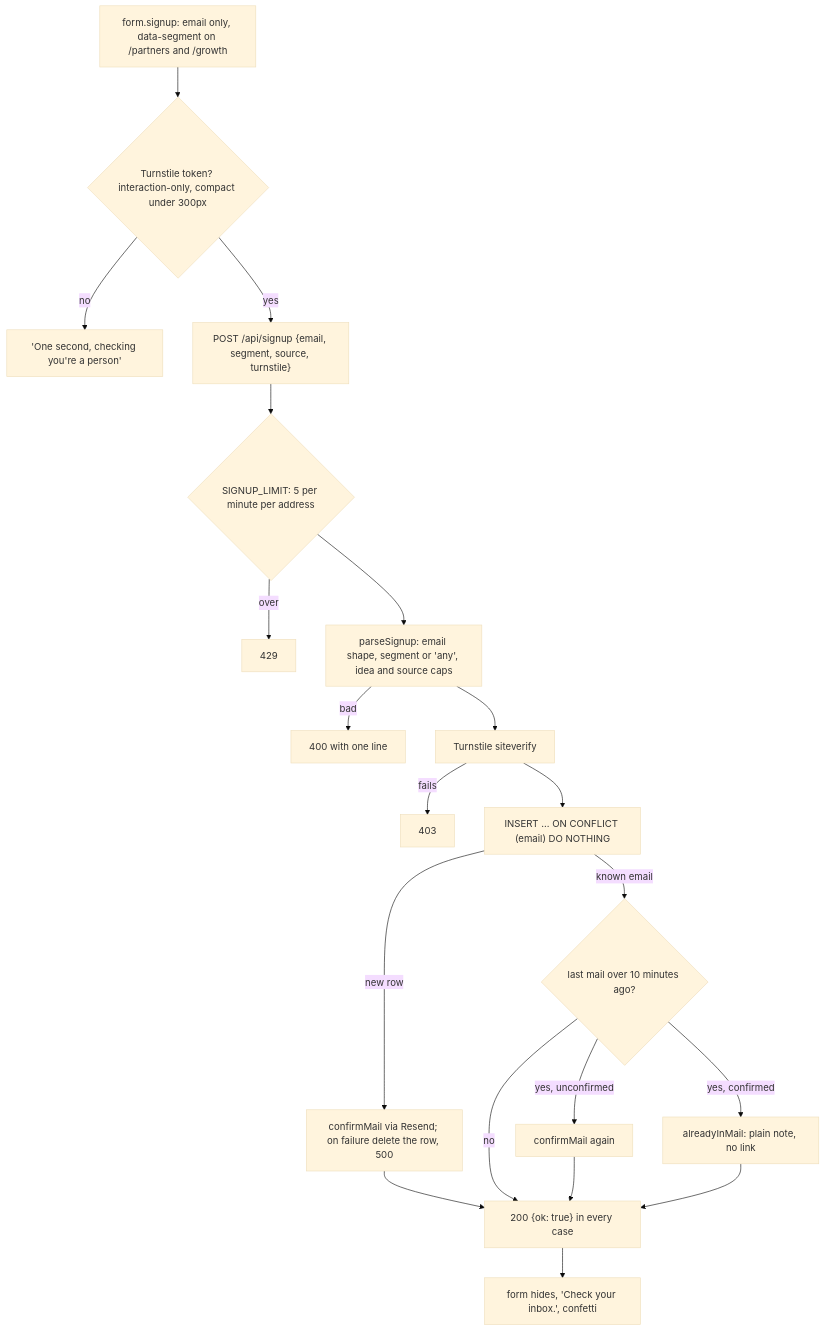
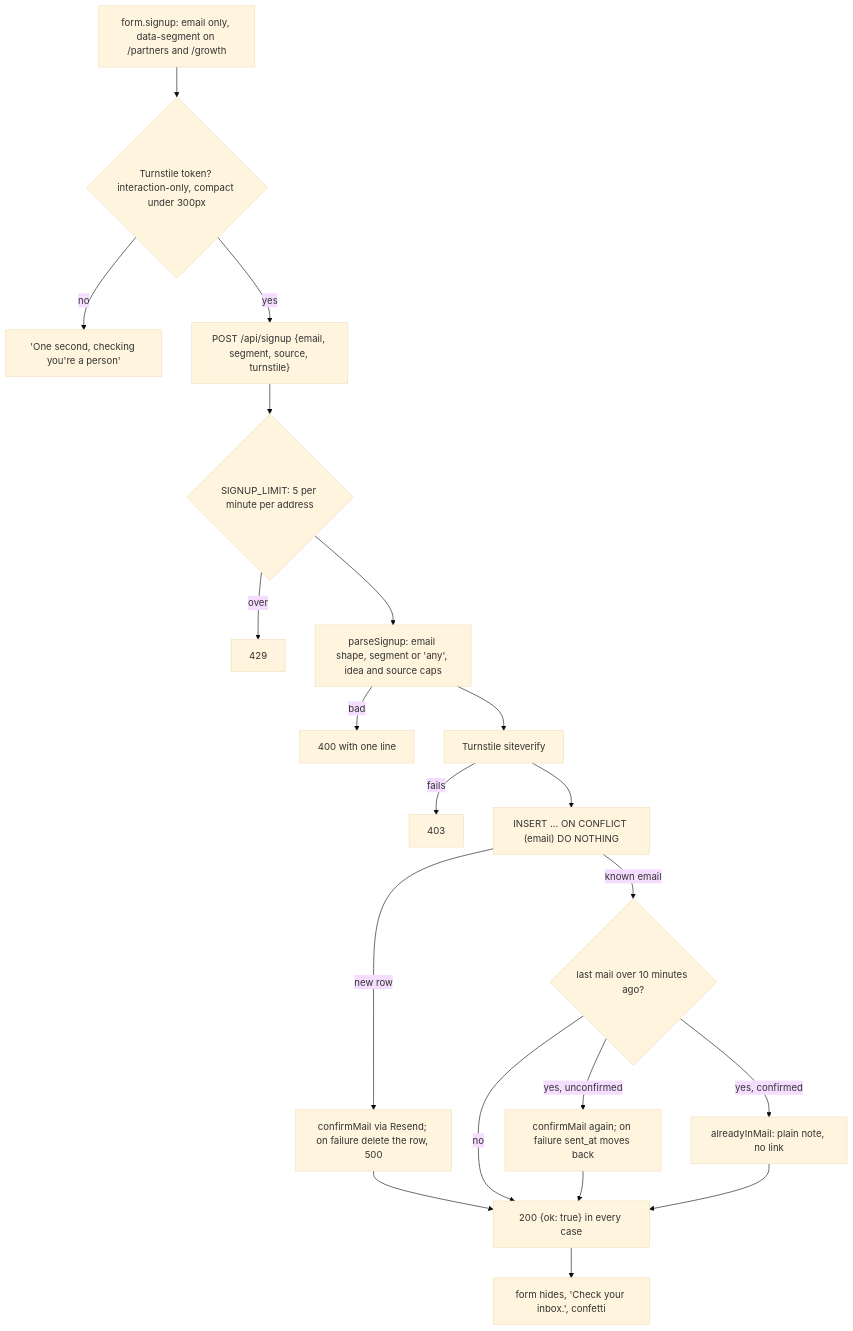
One commit to Krutik460/Widgie changed the second of 3 diagrams in docs/pr/11-early-access-w1.md. Above: the diagram before and after it, drawn with Mermaid (base theme). The commit also changed other lines of this file and 6 other files, not shown here.

````diff
--- a/docs/pr/11-early-access-w1.md
+++ b/docs/pr/11-early-access-w1.md
@@ -48,22 +49,22 @@
 ```mermaid
 flowchart TD
   F["form.signup: email only, data-segment on /partners and /growth"] --> T{"Turnstile token? interaction-only, compact under 300px"}
   T -->|"no"| WAIT["'One second, checking you're a person'"]
   T -->|"yes"| P["POST /api/signup {email, segment, source, turnstile}"]
   P --> RL{"SIGNUP_LIMIT: 5 per minute per address"}
   RL -->|"over"| R429["429"]
   RL --> PS["parseSignup: email shape, segment or 'any', idea and source caps"]
   PS -->|"bad"| R400["400 with one line"]
   PS --> HC["Turnstile siteverify"]
   HC -->|"fails"| R403["403"]
   HC --> INS["INSERT ... ON CONFLICT (email) DO NOTHING"]
   INS -->|"new row"| CM["confirmMail via Resend; on failure delete the row, 500"]
   INS -->|"known email"| RE{"last mail over 10 minutes ago?"}
   RE -->|"no"| SAME
-  RE -->|"yes, unconfirmed"| CM2["confirmMail again"]
+  RE -->|"yes, unconfirmed"| CM2["confirmMail again; on failure sent_at moves back"]
   RE -->|"yes, confirmed"| AI["alreadyInMail: plain note, no link"]
   CM --> SAME["200 {ok: true} in every case"]
   CM2 --> SAME
   AI --> SAME
   SAME --> DONE["form hides, 'Check your inbox.', confetti"]
 ```
````
